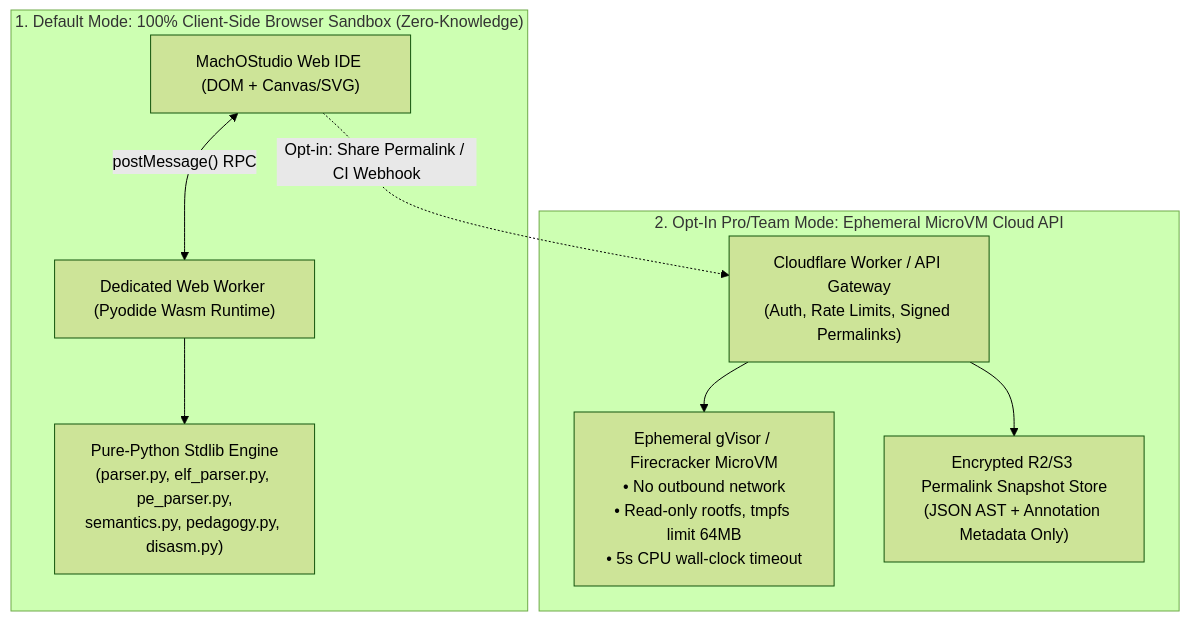
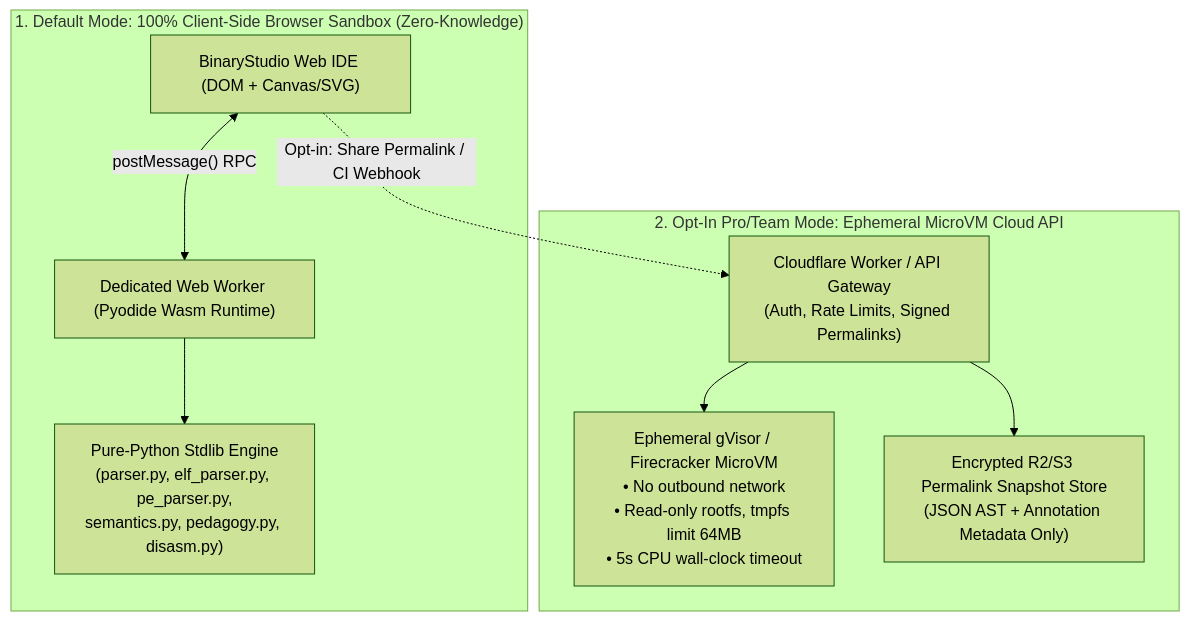
Before and after one commit to romitdasgupta/binary_viewer: the diagram in docs/WEB_HOSTING_AND_MONETIZATION.md, drawn with Mermaid (forest theme). The commit also changed other lines of this file and 17 other files, not shown here.

Commit message:
Rename project to BinaryStudio (binary_viewer.py) across codebase, tests, fixtures, and documentation

````diff
--- a/docs/WEB_HOSTING_AND_MONETIZATION.md
+++ b/docs/WEB_HOSTING_AND_MONETIZATION.md
@@ -13,20 +13,20 @@
 ```mermaid
 flowchart TB
     subgraph Browser["1. Default Mode: 100% Client-Side Browser Sandbox (Zero-Knowledge)"]
-        UI["MachOStudio Web IDE (DOM + Canvas/SVG)"]
+        UI["BinaryStudio Web IDE (DOM + Canvas/SVG)"]
         Worker["Dedicated Web Worker (Pyodide Wasm Runtime)"]
         Engine["Pure-Python Stdlib Engine<br/>(parser.py, elf_parser.py, pe_parser.py,<br/>semantics.py, pedagogy.py, disasm.py)"]
         UI <-->|"postMessage() RPC"| Worker
         Worker --> Engine
     end
 
     subgraph Cloud["2. Opt-In Pro/Team Mode: Ephemeral MicroVM Cloud API"]
         Edge["Cloudflare Worker / API Gateway<br/>(Auth, Rate Limits, Signed Permalinks)"]
         Sandbox["Ephemeral gVisor / Firecracker MicroVM<br/>• No outbound network<br/>• Read-only rootfs, tmpfs limit 64MB<br/>• 5s CPU wall-clock timeout"]
         Store["Encrypted R2/S3 Permalink Snapshot Store<br/>(JSON AST + Annotation Metadata Only)"]
         Edge --> Sandbox
         Edge --> Store
     end
 
     UI -.->|"Opt-in: Share Permalink / CI Webhook"| Edge
 ```
````
